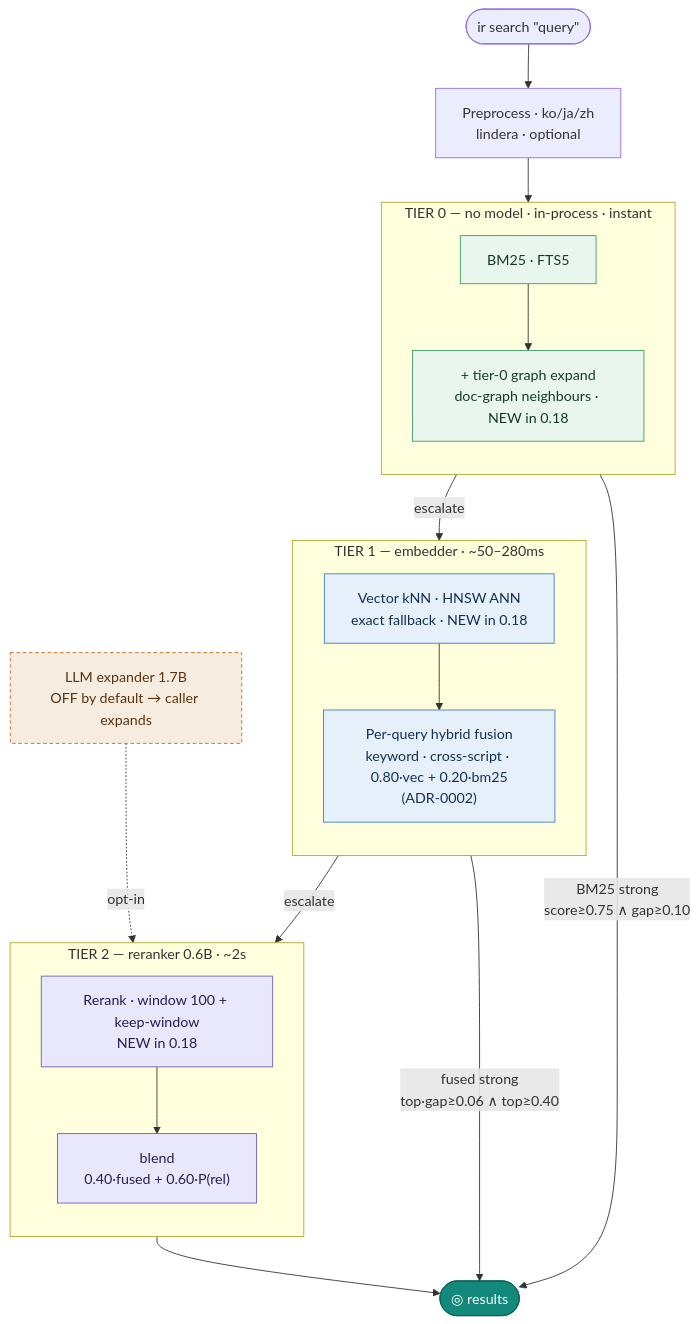
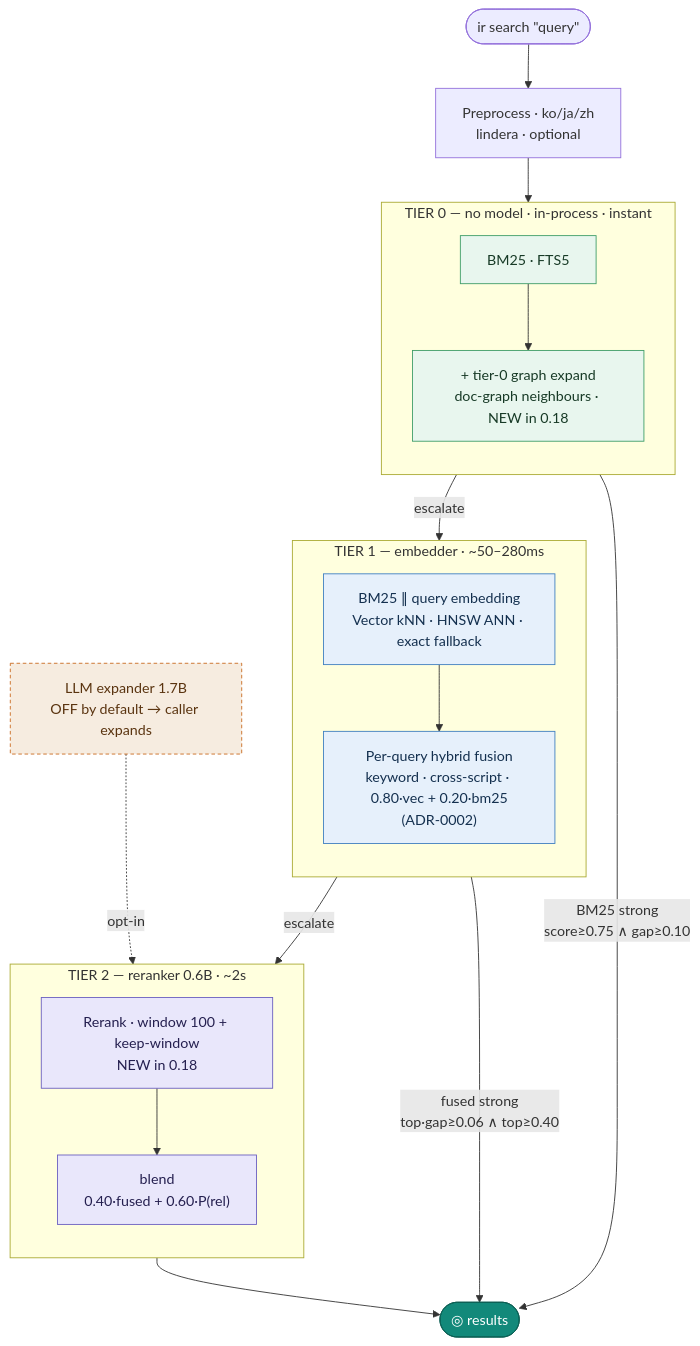
One commit to vlwkaos/ir changed the diagram in research/pipeline.md. Above: the diagram before and after it, drawn with Mermaid. The commit also changed other lines of this file and 4 other files, not shown here.

First line of the commit message:
docs: guide 0.19 features in README with fusion and index diagrams

````diff
--- a/research/pipeline.md
+++ b/research/pipeline.md
@@ -11,39 +12,39 @@
 ```mermaid
 flowchart TD
     Q(["ir search &quot;query&quot;"]) --> PRE["Preprocess · ko/ja/zh<br/>lindera · optional"]
     PRE --> T0
 
     subgraph S0["TIER 0 — no model · in-process · instant"]
         direction TB
         T0["BM25 · FTS5"] --> T0G["+ tier-0 graph expand<br/>doc-graph neighbours · NEW in 0.18"]
     end
 
     subgraph S1["TIER 1 — embedder · ~50–280ms"]
         direction TB
-        T1["Vector kNN · HNSW ANN<br/>exact fallback · NEW in 0.18"] --> FUSE["Per-query hybrid fusion<br/>keyword · cross-script · 0.80·vec + 0.20·bm25<br/>(ADR-0002)"]
+        T1["BM25 ∥ query embedding<br/>Vector kNN · HNSW ANN · exact fallback"] --> FUSE["Per-query hybrid fusion<br/>keyword · cross-script · 0.80·vec + 0.20·bm25<br/>(ADR-0002)"]
     end
 
     subgraph S2["TIER 2 — reranker 0.6B · ~2s"]
         direction TB
         RR["Rerank · window 100 + keep-window<br/>NEW in 0.18"] --> BLEND["blend<br/>0.40·fused + 0.60·P(rel)"]
     end
 
     T0G -->|"BM25 strong<br/>score≥0.75 ∧ gap≥0.10"| DONE([" ◎ results "])
     T0G -->|escalate| T1
     FUSE -->|"fused strong<br/>top·gap≥0.06 ∧ top≥0.40"| DONE
     FUSE -->|escalate| RR
     BLEND --> DONE
 
     EXP["LLM expander 1.7B<br/>OFF by default → caller expands"] -. opt-in .-> RR
 
     classDef t0 fill:#e8f6ee,stroke:#3f9d68,stroke-width:1px,color:#173a26;
     classDef t1 fill:#e6f0fb,stroke:#3f7fc0,stroke-width:1px,color:#14304f;
     classDef t2 fill:#e9e7fb,stroke:#6a5fc0,stroke-width:1px,color:#241f4f;
     classDef done fill:#12897a,stroke:#0c5f54,stroke-width:1px,color:#ffffff;
     classDef off fill:#f6ece0,stroke:#c96a1e,stroke-width:1px,color:#5a3410,stroke-dasharray:4 3;
     class T0,T0G t0;
     class T1,FUSE t1;
     class RR,BLEND t2;
     class DONE done;
     class EXP off;
 ```
````
